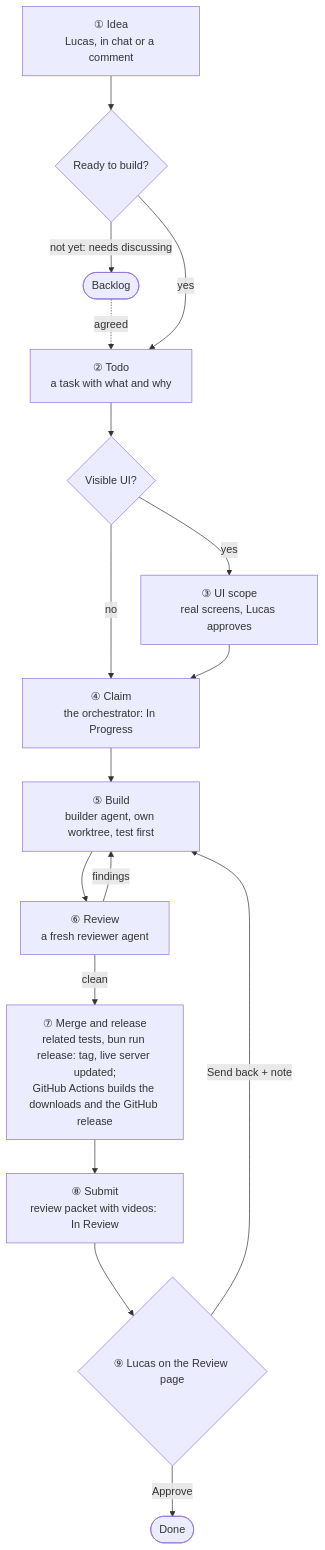
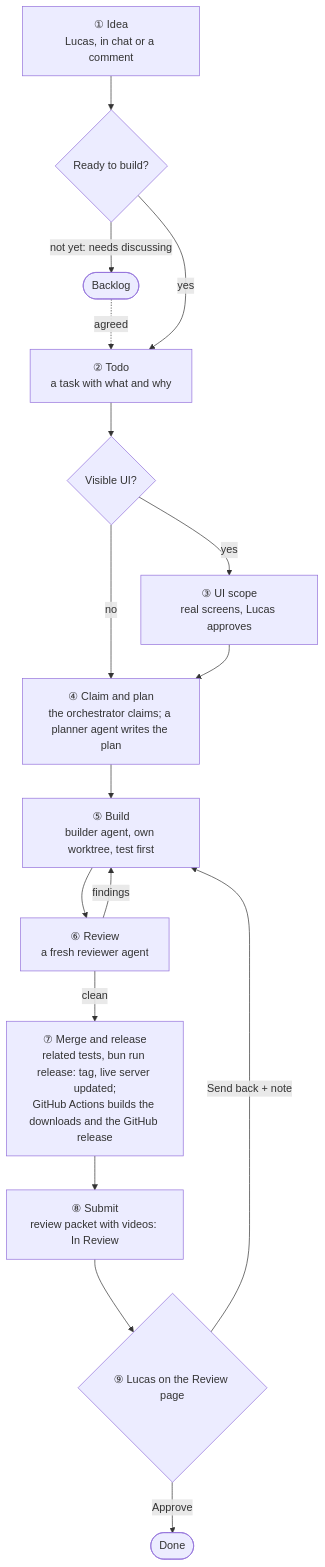
The first of 5 diagrams in docs/feature-lifecycle.md (lnmunhoz/cello), drawn with Mermaid before and after one commit. The commit also changed other lines of this file and 5 other files, not shown here.

````diff
--- a/docs/feature-lifecycle.md
+++ b/docs/feature-lifecycle.md
@@ -10,19 +10,19 @@
 ```mermaid
 flowchart TD
     A["① Idea<br/>Lucas, in chat or a comment"] --> B{"Ready to build?"}
     B -->|"not yet: needs discussing"| BL(["Backlog"])
     BL -.->|"agreed"| T
     B -->|yes| T["② Todo<br/>a task with what and why"]
     T --> S{"Visible UI?"}
     S -->|yes| SC["③ UI scope<br/>real screens, Lucas approves"]
     S -->|no| C
-    SC --> C["④ Claim<br/>the orchestrator: In Progress"]
+    SC --> C["④ Claim and plan<br/>the orchestrator claims; a planner agent writes the plan"]
     C --> BU["⑤ Build<br/>builder agent, own worktree, test first"]
     BU --> RV["⑥ Review<br/>a fresh reviewer agent"]
     RV -->|findings| BU
     RV -->|clean| M["⑦ Merge and release<br/>related tests, bun run release: tag, live server updated;<br/>GitHub Actions builds the downloads and the GitHub release"]
     M --> P["⑧ Submit<br/>review packet with videos: In Review"]
     P --> L{"⑨ Lucas on the Review page"}
     L -->|Approve| D(["Done"])
     L -->|"Send back + note"| BU
 ```
````
